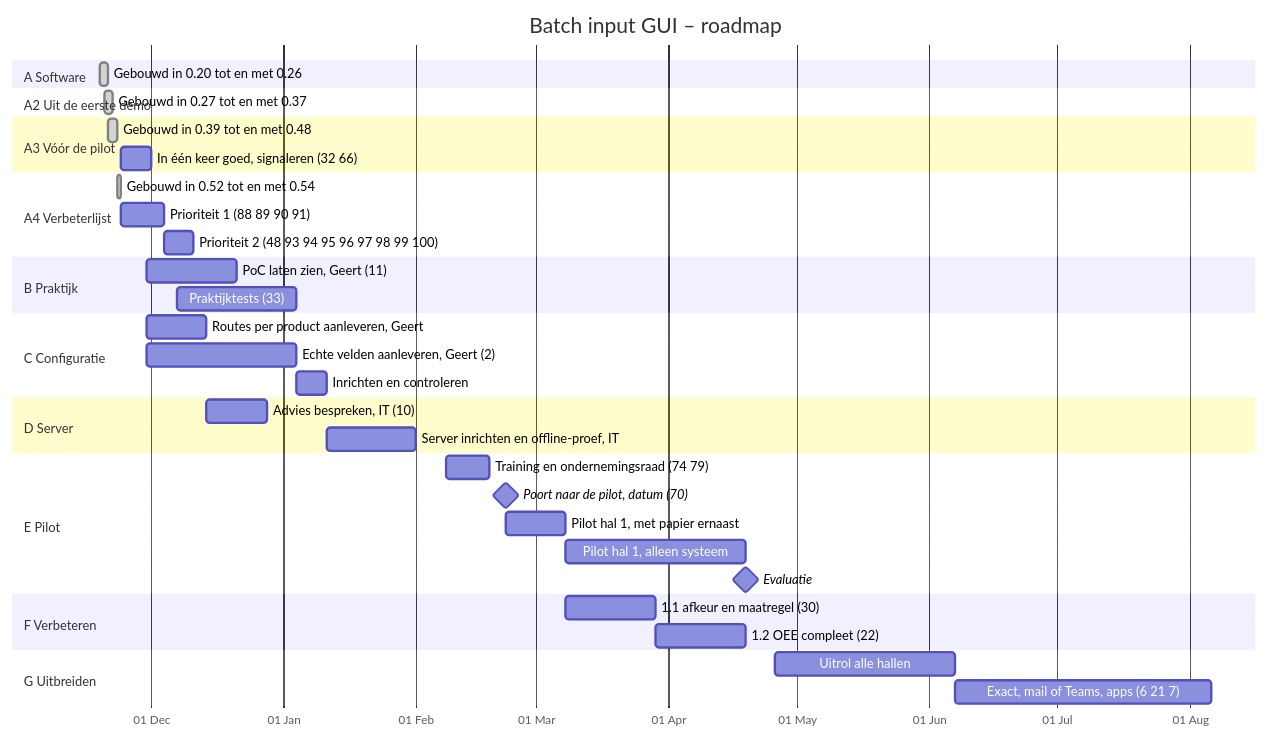
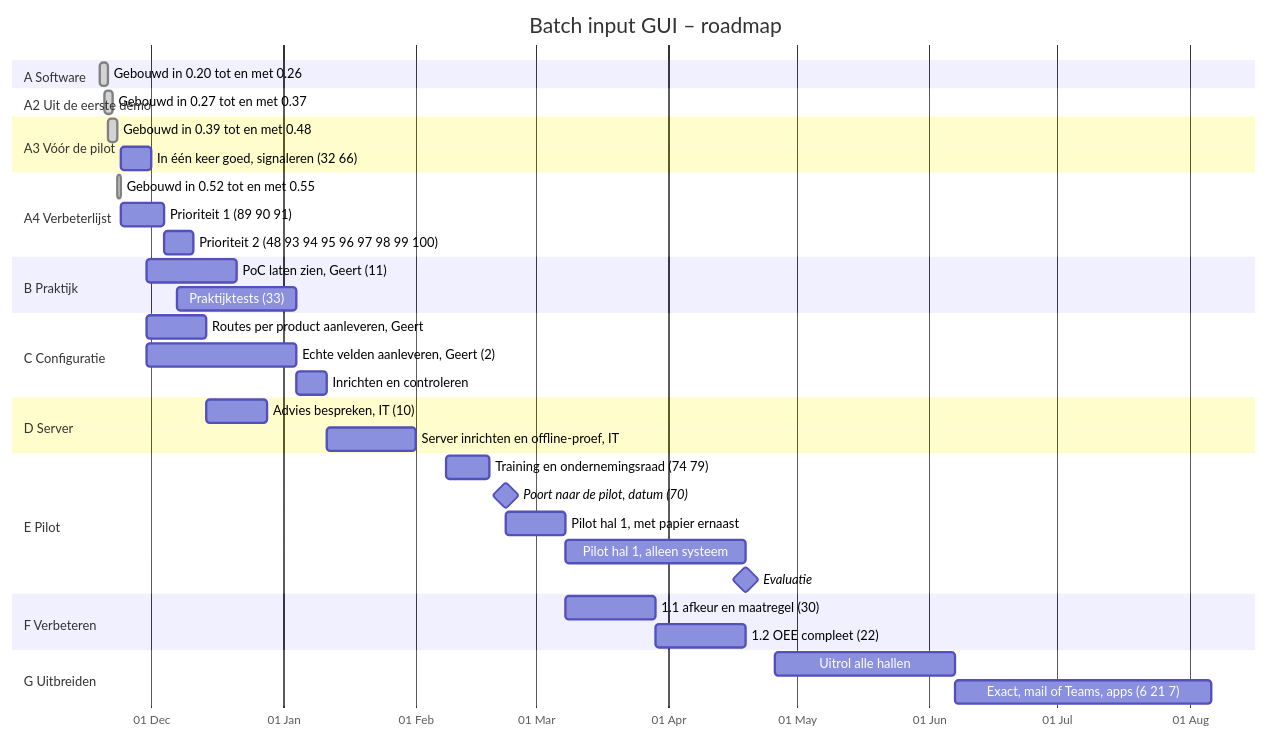
The diagram in ROADMAP.md (Gertjun/Manufacturing-Execution-System), drawn with Mermaid before and after one commit. The commit also changed other lines of this file and 22 other files, not shown here.

````diff
--- a/ROADMAP.md
+++ b/ROADMAP.md
@@ -12,50 +12,50 @@
 ```mermaid
 gantt
     title Batch input GUI – roadmap
     dateFormat YYYY-MM-DD
     axisFormat %d %b
     todayMarker on
 
     section A Software
     Gebouwd in 0.20 tot en met 0.26          :done, a1, 2026-11-19, 2d
 
     section A2 Uit de eerste demo
     Gebouwd in 0.27 tot en met 0.37          :done, a2, 2026-11-20, 2d
 
     section A3 Vóór de pilot
     Gebouwd in 0.39 tot en met 0.48          :done, a3a, 2026-11-21, 2d
     In één keer goed, signaleren (32 66)     :a3b, 2026-11-24, 7d
 
     section A4 Verbeterlijst
-    Gebouwd in 0.52 tot en met 0.54          :done, a4g, 2026-11-23, 1d
-    Prioriteit 1 (88 89 90 91)               :a4a, 2026-11-24, 10d
+    Gebouwd in 0.52 tot en met 0.55          :done, a4g, 2026-11-23, 1d
+    Prioriteit 1 (89 90 91)                  :a4a, 2026-11-24, 10d
     Prioriteit 2 (48 93 94 95 96 97 98 99 100) :a4b, after a4a, 7d
 
     section B Praktijk
     PoC laten zien, Geert (11)               :b1, 2026-11-30, 21d
     Praktijktests (33)                       :b2, 2026-12-07, 28d
 
     section C Configuratie
     Routes per product aanleveren, Geert     :c0, 2026-11-30, 14d
     Echte velden aanleveren, Geert (2)       :c1, 2026-11-30, 35d
     Inrichten en controleren                 :c2, after c1, 7d
 
     section D Server
     Advies bespreken, IT (10)                :d1, 2026-12-14, 14d
     Server inrichten en offline-proef, IT    :d2, 2027-01-11, 21d
 
     section E Pilot
     Training en ondernemingsraad (74 79)     :e0, 2027-02-08, 10d
     Poort naar de pilot, datum (70)          :milestone, m1, 2027-02-22, 0d
     Pilot hal 1, met papier ernaast          :e1, 2027-02-22, 14d
     Pilot hal 1, alleen systeem              :e2, after e1, 42d
     Evaluatie                                :milestone, m2, 2027-04-19, 0d
 
     section F Verbeteren
     1.1 afkeur en maatregel (30)             :f1, 2027-03-08, 21d
     1.2 OEE compleet (22)                    :f2, after f1, 21d
 
     section G Uitbreiden
     Uitrol alle hallen                       :g1, 2027-04-26, 42d
     Exact, mail of Teams, apps (6 21 7)      :g2, 2027-06-07, 60d
 ```
````
